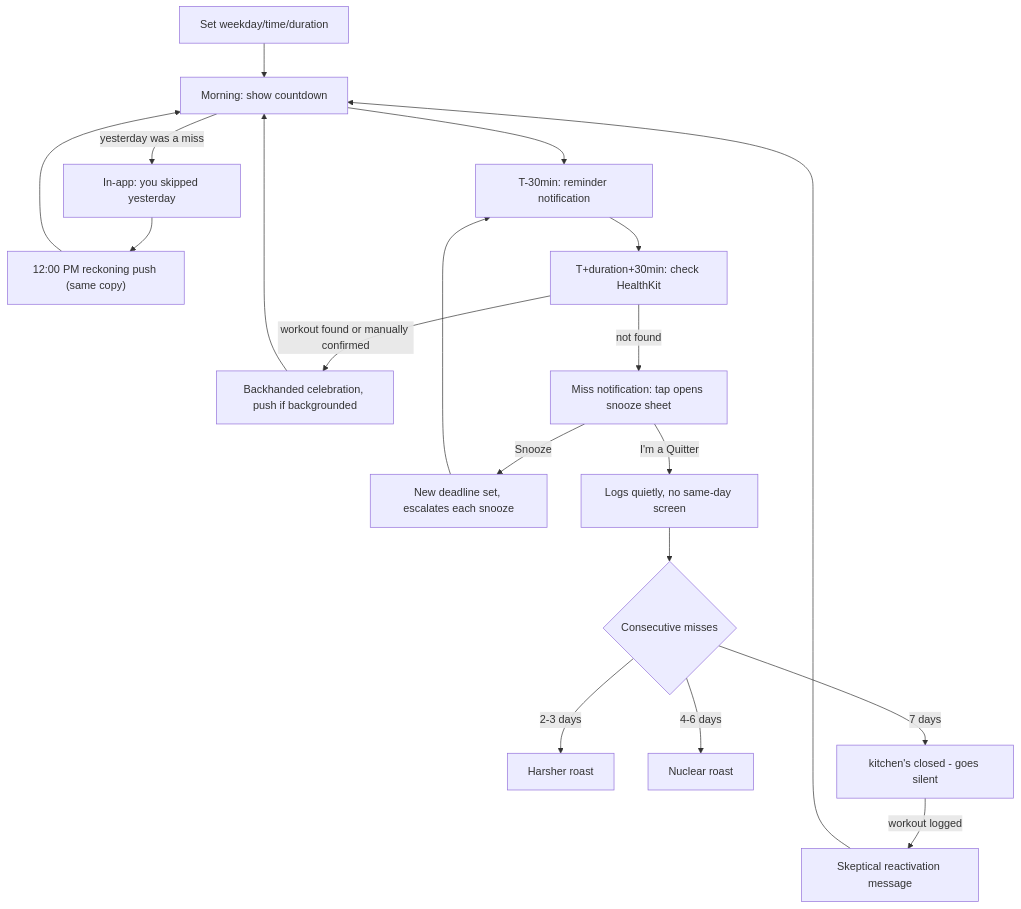
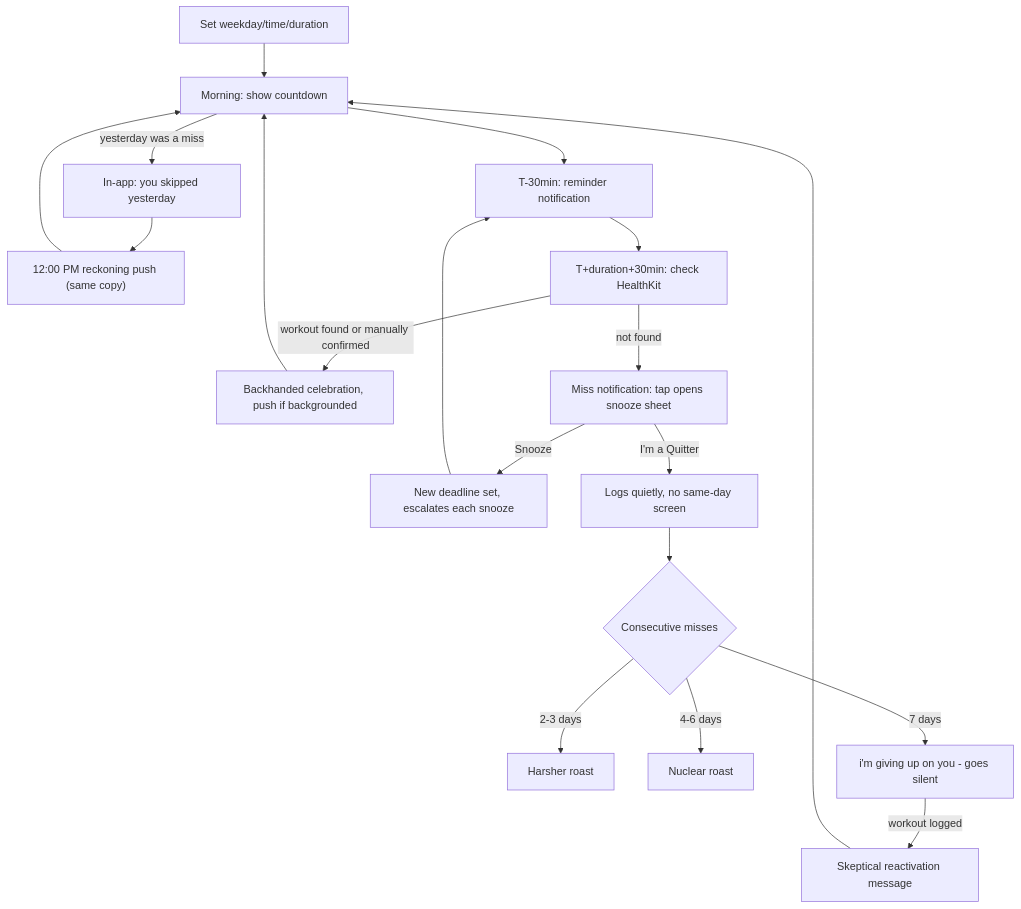
The diagram in plan.md (tvnquinn/broiled), drawn with Mermaid before and after one commit. The commit also changed other lines of this file and 2 other files, not shown here.

````diff
--- a/plan.md
+++ b/plan.md
@@ -99,20 +99,20 @@
 ```mermaid
 flowchart TD
   setup[Set weekday/time/duration] --> morning[Morning: show countdown]
   morning -->|yesterday was a miss| reckoning["In-app: you skipped yesterday"]
   reckoning --> noonPush["12:00 PM reckoning push (same copy)"]
   noonPush --> morning
   morning --> preReminder["T-30min: reminder notification"]
   preReminder --> checkTime["T+duration+30min: check HealthKit"]
   checkTime -->|workout found or manually confirmed| success[Backhanded celebration, push if backgrounded]
   checkTime -->|not found| missNotif["Miss notification: tap opens snooze sheet"]
   missNotif -->|Snooze| snoozeInsult[New deadline set, escalates each snooze] --> preReminder
   missNotif -->|"I'm a Quitter"| quietFail[Logs quietly, no same-day screen]
   quietFail --> streak{Consecutive misses}
   streak -->|2-3 days| harsher[Harsher roast]
   streak -->|4-6 days| nuclear[Nuclear roast]
-  streak -->|7 days| givingUp["kitchen's closed" - goes silent]
+  streak -->|7 days| givingUp["i'm giving up on you" - goes silent]
   givingUp -->|workout logged| reactivate[Skeptical reactivation message]
   reactivate --> morning
   success --> morning
 ```
````
